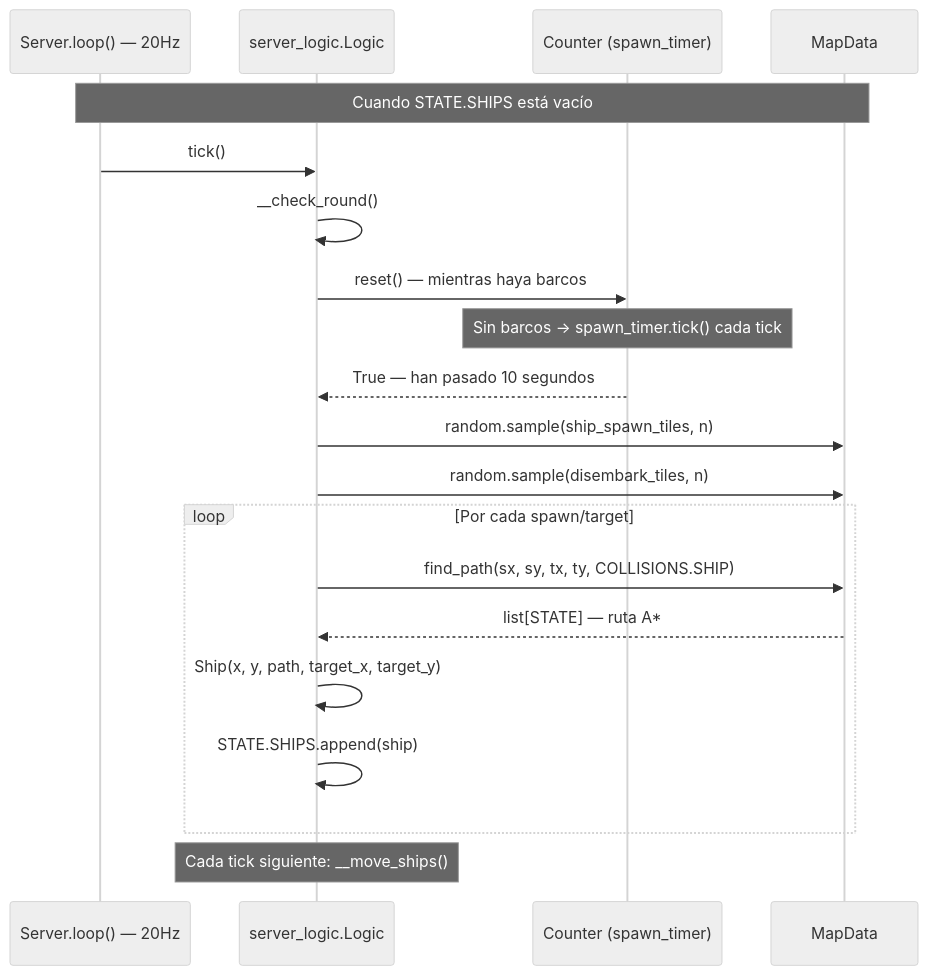
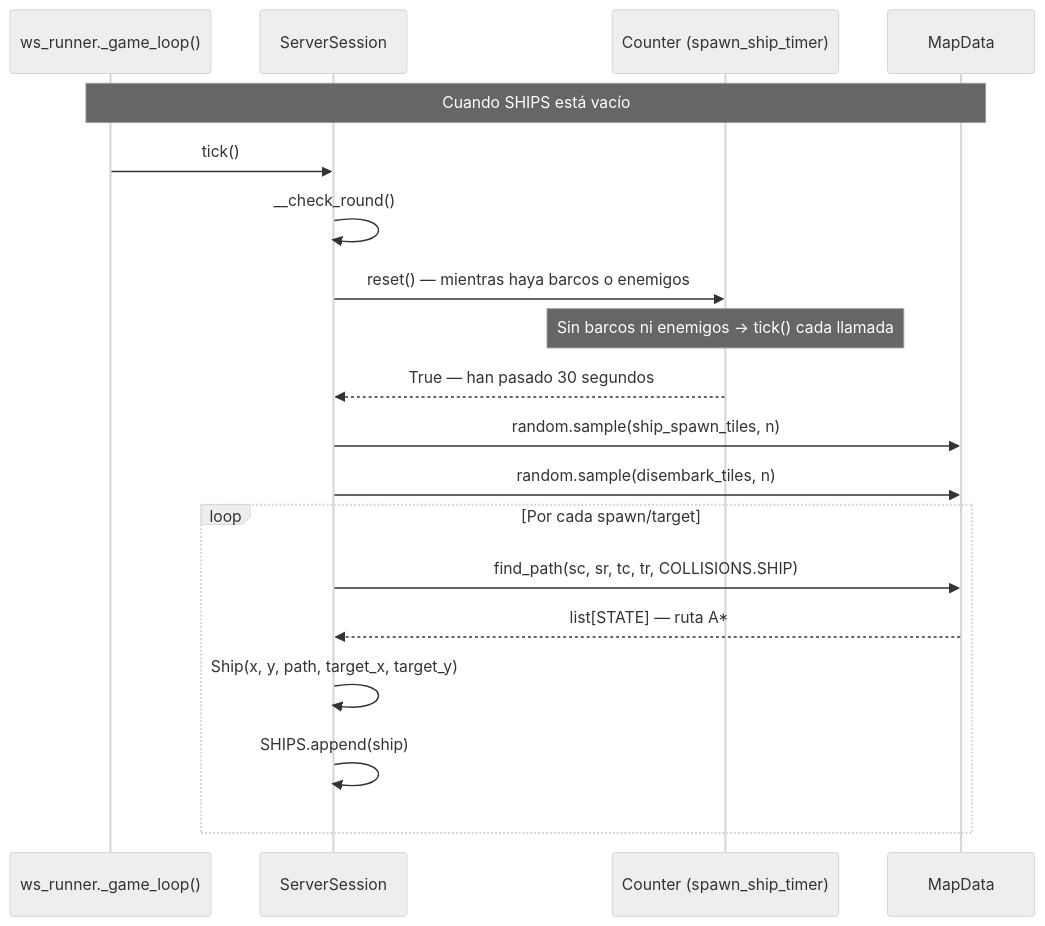
One commit to Aouei/pygame_multi changed the third of 6 diagrams in docs/diagramas/mensajes.md. Above: the diagram before and after it, drawn with Mermaid (neutral theme). The commit also changed other lines of this file and 3 other files, not shown here.

````diff
--- a/docs/diagramas/mensajes.md
+++ b/docs/diagramas/mensajes.md
@@ -196,25 +193,24 @@
 ```mermaid
 sequenceDiagram
-    participant SL as Server.loop() — 20Hz
-    participant LG as server_logic.Logic
-    participant CT as Counter (spawn_timer)
+    participant WSR as ws_runner._game_loop()
+    participant SS as ServerSession
+    participant CT as Counter (spawn_ship_timer)
     participant MD as MapData
 
-    Note over SL,MD: Cuando STATE.SHIPS está vacío
+    Note over WSR,MD: Cuando SHIPS está vacío
 
-    SL->>LG: tick()
-    LG->>LG: __check_round()
-    LG->>CT: reset() — mientras haya barcos
-    Note over CT: Sin barcos → spawn_timer.tick() cada tick
-    CT-->>LG: True — han pasado 10 segundos
+    WSR->>SS: tick()
+    SS->>SS: __check_round()
+    SS->>CT: reset() — mientras haya barcos o enemigos
+    Note over CT: Sin barcos ni enemigos → tick() cada llamada
+    CT-->>SS: True — han pasado 30 segundos
 
-    LG->>MD: random.sample(ship_spawn_tiles, n)
-    LG->>MD: random.sample(disembark_tiles, n)
+    SS->>MD: random.sample(ship_spawn_tiles, n)
+    SS->>MD: random.sample(disembark_tiles, n)
     loop Por cada spawn/target
-        LG->>MD: find_path(sx, sy, tx, ty, COLLISIONS.SHIP)
-        MD-->>LG: list[STATE] — ruta A*
-        LG->>LG: Ship(x, y, path, target_x, target_y)
-        LG->>LG: STATE.SHIPS.append(ship)
+        SS->>MD: find_path(sc, sr, tc, tr, COLLISIONS.SHIP)
+        MD-->>SS: list[STATE] — ruta A*
+        SS->>SS: Ship(x, y, path, target_x, target_y)
+        SS->>SS: SHIPS.append(ship)
     end
-    Note over LG: Cada tick siguiente: __move_ships()
 ```
````
